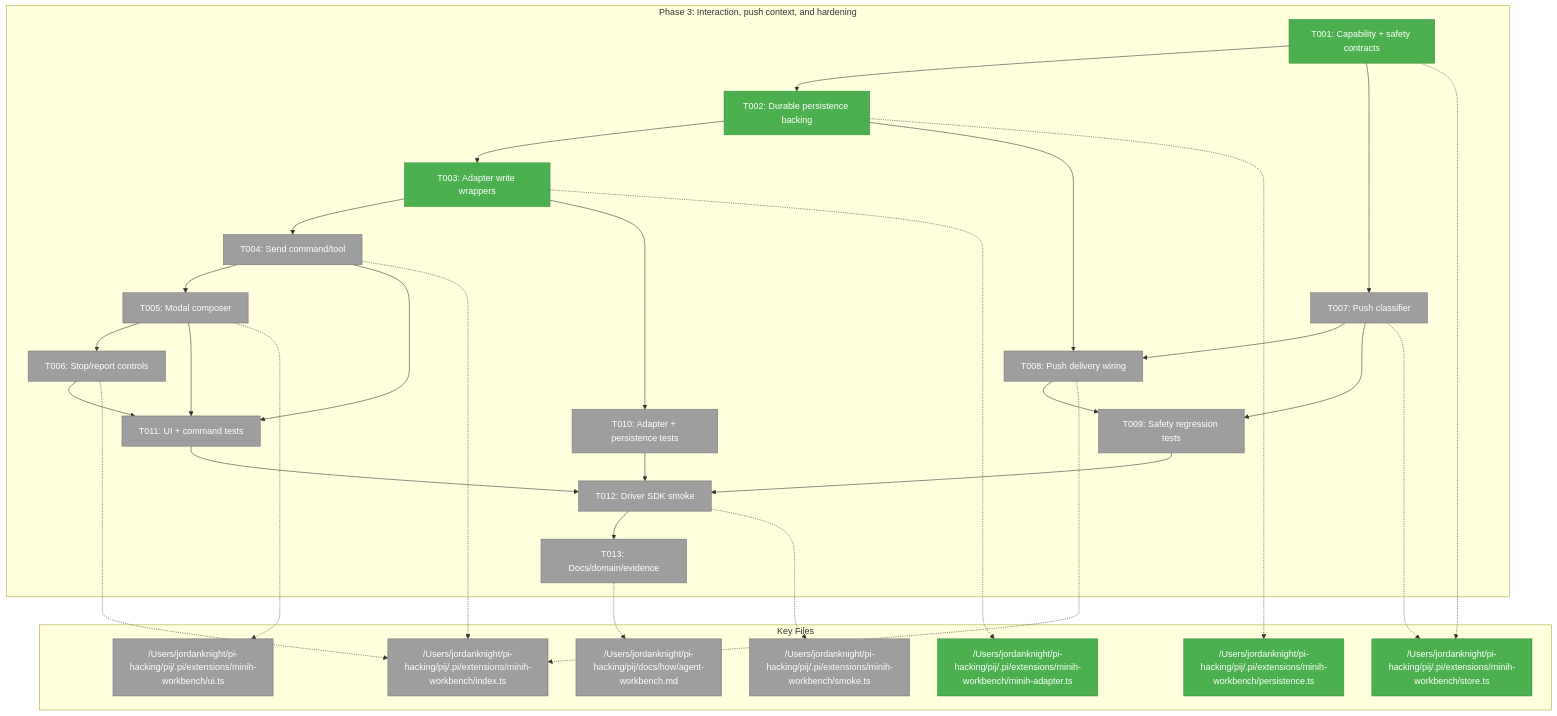
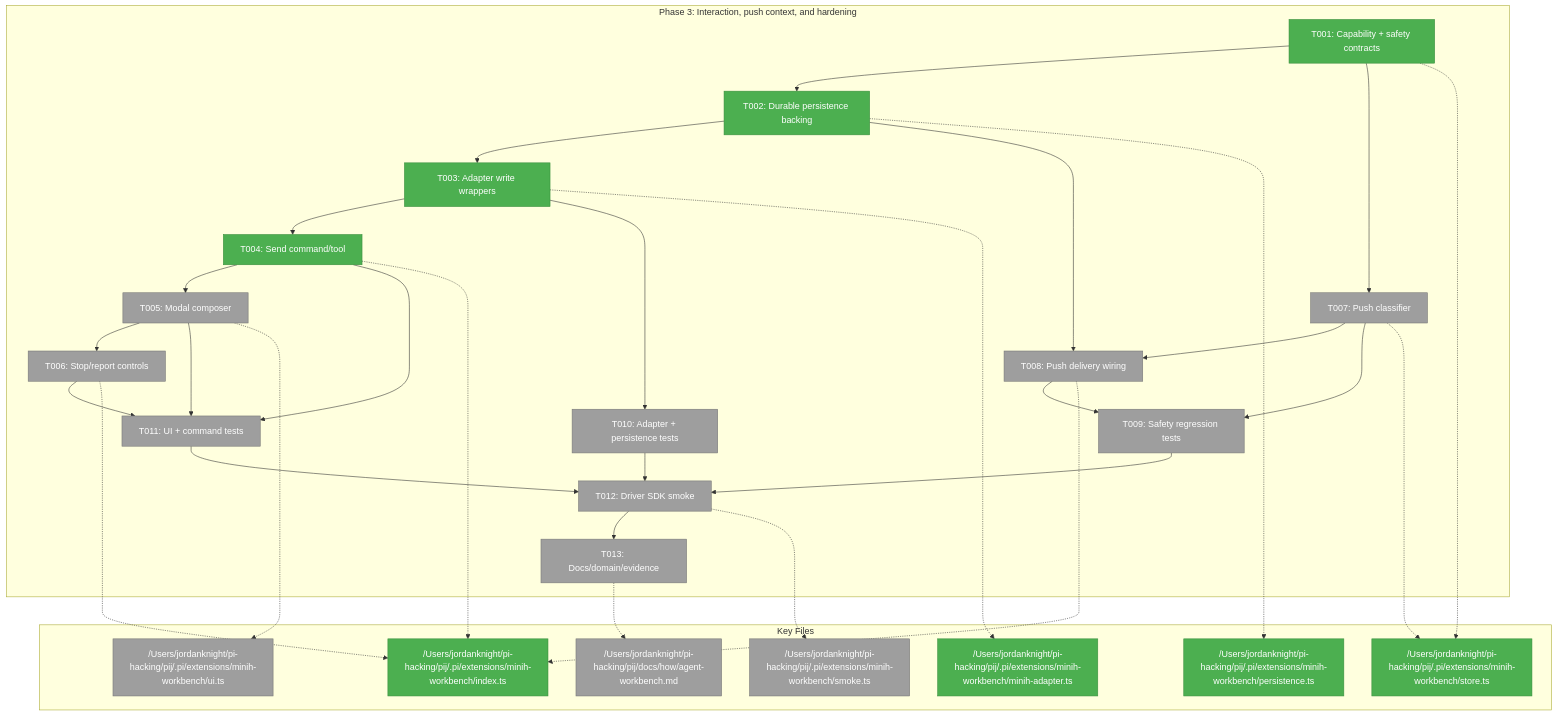
One commit to vaughanknight/pij changed the first of 3 diagrams in docs/plans/007-options-for-pi-extensions-that-do-subagents/tasks/phase-3-interaction-push-context-and-hardening/tasks.md. Above: the diagram before and after it, drawn with Mermaid. The commit also changed other lines of this file and 3 other files, not shown here.

Commit message:
feat(minih): add gated send surfaces

````diff
--- a/docs/plans/007-options-for-pi-extensions-that-do-subagents/tasks/phase-3-interaction-push-context-and-hardening/tasks.md
+++ b/docs/plans/007-options-for-pi-extensions-that-do-subagents/tasks/phase-3-interaction-push-context-and-hardening/tasks.md
@@ -183,55 +183,55 @@
 ```mermaid
 flowchart TD
     classDef pending fill:#9E9E9E,stroke:#757575,color:#fff
     classDef inprogress fill:#FFC107,stroke:#FFA000,color:#000
     classDef completed fill:#4CAF50,stroke:#388E3C,color:#fff
 
     subgraph Phase["Phase 3: Interaction, push context, and hardening"]
         T001["T001: Capability + safety contracts"]:::completed
         T002["T002: Durable persistence backing"]:::completed
         T003["T003: Adapter write wrappers"]:::completed
-        T004["T004: Send command/tool"]:::pending
+        T004["T004: Send command/tool"]:::completed
         T005["T005: Modal composer"]:::pending
         T006["T006: Stop/report controls"]:::pending
         T007["T007: Push classifier"]:::pending
         T008["T008: Push delivery wiring"]:::pending
         T009["T009: Safety regression tests"]:::pending
         T010["T010: Adapter + persistence tests"]:::pending
         T011["T011: UI + command tests"]:::pending
         T012["T012: Driver SDK smoke"]:::pending
         T013["T013: Docs/domain/evidence"]:::pending
         T001 --> T002 --> T003 --> T004 --> T005 --> T006
         T001 --> T007 --> T008
         T002 --> T008
         T003 --> T010
         T004 --> T011
         T005 --> T011
         T006 --> T011
         T007 --> T009
         T008 --> T009
         T009 --> T012 --> T013
         T010 --> T012
         T011 --> T012
     end
 
     subgraph Files["Key Files"]
         F1["/Users/jordanknight/pi-hacking/pij/.pi/extensions/minih-workbench/store.ts"]:::completed
         F2["/Users/jordanknight/pi-hacking/pij/.pi/extensions/minih-workbench/persistence.ts"]:::completed
         F3["/Users/jordanknight/pi-hacking/pij/.pi/extensions/minih-workbench/minih-adapter.ts"]:::completed
-        F4["/Users/jordanknight/pi-hacking/pij/.pi/extensions/minih-workbench/index.ts"]:::pending
+        F4["/Users/jordanknight/pi-hacking/pij/.pi/extensions/minih-workbench/index.ts"]:::completed
         F5["/Users/jordanknight/pi-hacking/pij/.pi/extensions/minih-workbench/ui.ts"]:::pending
         F6["/Users/jordanknight/pi-hacking/pij/.pi/extensions/minih-workbench/smoke.ts"]:::pending
         F7["/Users/jordanknight/pi-hacking/pij/docs/how/agent-workbench.md"]:::pending
     end
 
     T001 -.-> F1
     T002 -.-> F2
     T003 -.-> F3
     T004 -.-> F4
     T005 -.-> F5
     T006 -.-> F4
     T007 -.-> F1
     T008 -.-> F4
     T012 -.-> F6
     T013 -.-> F7
 ```
````
